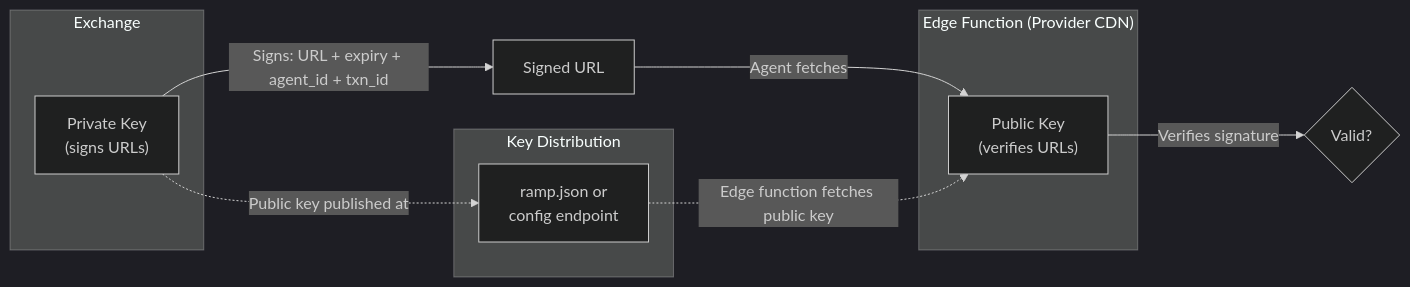
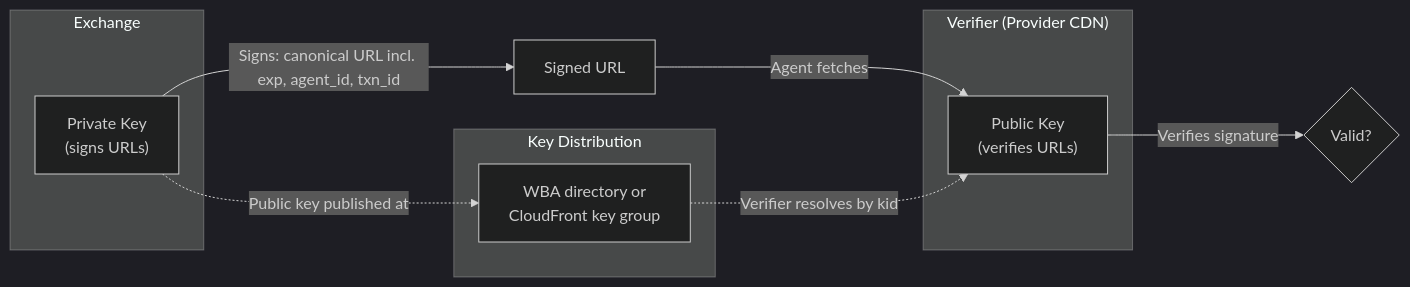
One commit to RAMP-Protocol/protocol changed the third of 3 diagrams in website/src/content/docs/components/edge-function/signed-url-verification.mdx. Above: the diagram before and after it, drawn with Mermaid (dark theme). The commit also changed other lines of this file, not shown here.

````diff
--- a/website/src/content/docs/components/edge-function/signed-url-verification.mdx
+++ b/website/src/content/docs/components/edge-function/signed-url-verification.mdx
@@ -249,20 +223,20 @@
 ```mermaid
 graph LR
     subgraph "Exchange"
         PRIV_KEY["Private Key<br/>(signs URLs)"]
     end
 
-    subgraph "Edge Function (Provider CDN)"
+    subgraph "Verifier (Provider CDN)"
         PUB_KEY["Public Key<br/>(verifies URLs)"]
     end
 
     subgraph "Key Distribution"
-        RAMP_JSON["ramp.json or<br/>config endpoint"]
+        DIR["WBA directory or<br/>CloudFront key group"]
     end
 
-    PRIV_KEY -->|"Signs: URL + expiry + agent_id + txn_id"| SIGNED_URL[Signed URL]
+    PRIV_KEY -->|"Signs: canonical URL incl. exp, agent_id, txn_id"| SIGNED_URL[Signed URL]
     SIGNED_URL -->|"Agent fetches"| PUB_KEY
     PUB_KEY -->|"Verifies signature"| DECISION{Valid?}
-    PRIV_KEY -.->|"Public key published at"| RAMP_JSON
-    RAMP_JSON -.->|"Edge function fetches public key"| PUB_KEY
+    PRIV_KEY -.->|"Public key published at"| DIR
+    DIR -.->|"Verifier resolves by kid"| PUB_KEY
 ```
````
